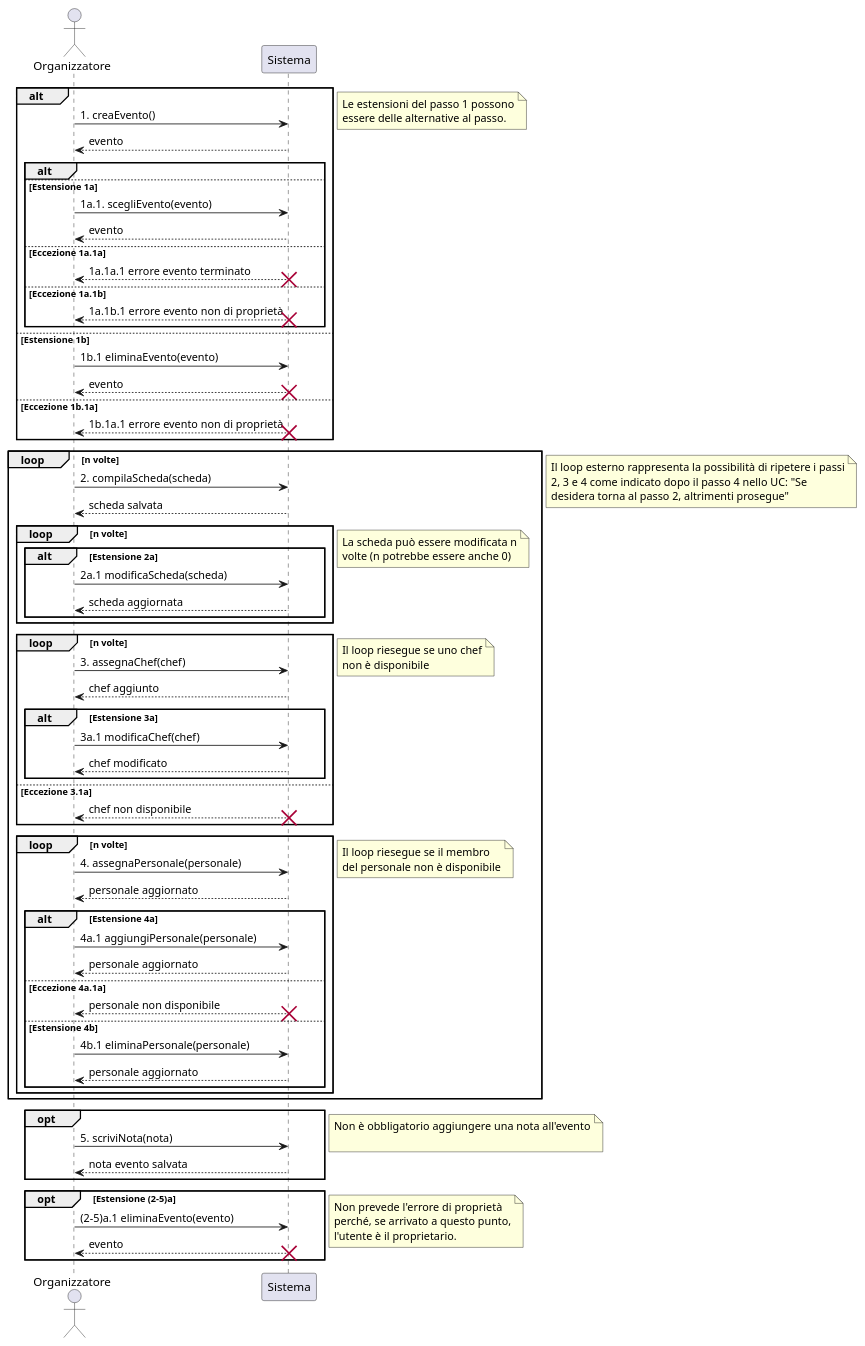
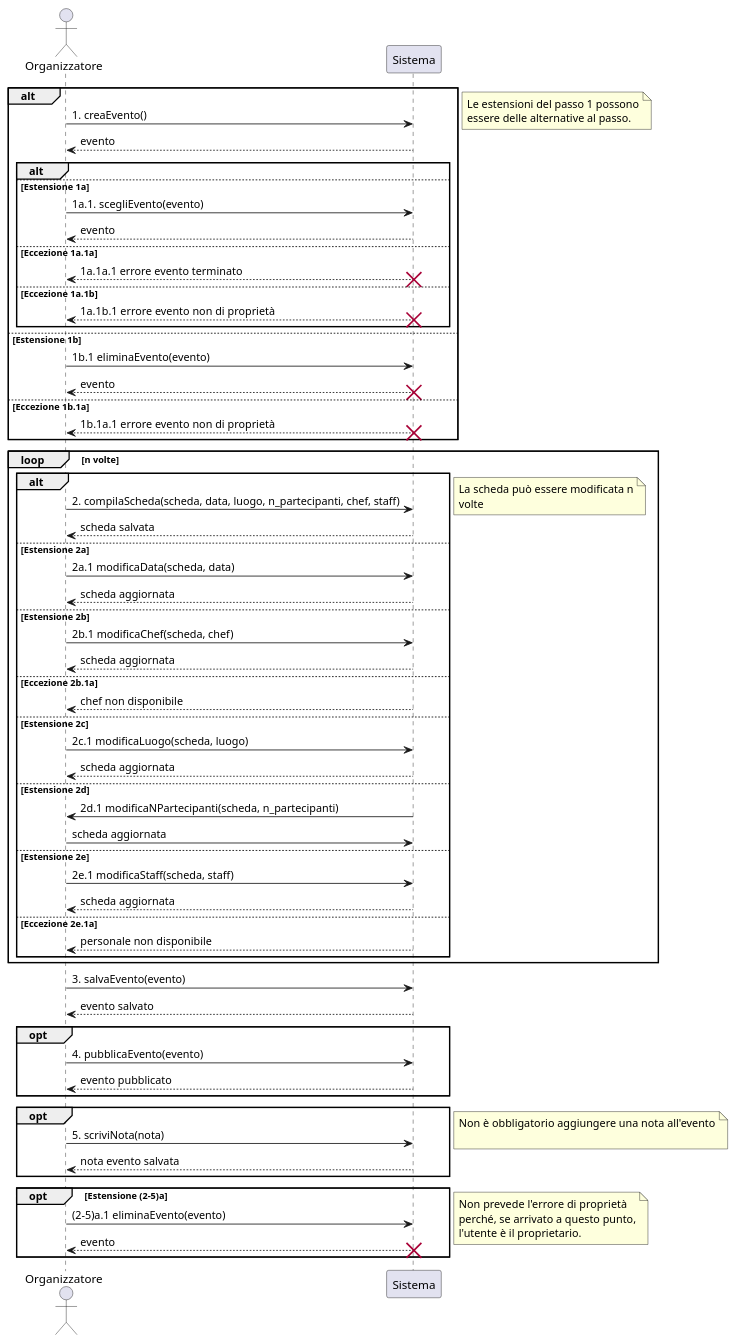
The diagram in ssd/ssd-gestire-eventi.md (m0canu1/sas), drawn with PlantUML before and after one commit.

Commit message:
ssd eventi aggiornato

````diff
--- a/ssd/ssd-gestire-eventi.md
+++ b/ssd/ssd-gestire-eventi.md
@@ -1,82 +1,79 @@
 ```plantuml
 actor Organizzatore
 participant Sistema
 
 alt
 	Organizzatore -> Sistema : 1. creaEvento()
 	Sistema --> Organizzatore : evento 
 	alt
 		else Estensione 1a
 			Organizzatore -> Sistema : 1a.1. scegliEvento(evento)
 			Sistema --> Organizzatore : evento
 		else Eccezione 1a.1a
 			'Organizzatore -> Sistema : 1a.1a scegliEvento(evento)
 			Sistema --> Organizzatore : 1a.1a.1 errore evento terminato
 			destroy Sistema
         else Eccezione 1a.1b
 			Sistema --> Organizzatore : 1a.1b.1 errore evento non di proprietà
 			destroy Sistema
 	end
 	else Estensione 1b 
 		Organizzatore -> Sistema : 1b.1 eliminaEvento(evento)
 		Sistema --> Organizzatore: evento
 		destroy Sistema
 	else Eccezione 1b.1a
 		Sistema --> Organizzatore : 1b.1a.1 errore evento non di proprietà
 		destroy Sistema
 
 end
 note right: Le estensioni del passo 1 possono\nessere delle alternative al passo.
 loop n volte
-	Organizzatore -> Sistema : 2. compilaScheda(scheda)
+        alt
+	    Organizzatore -> Sistema : 2. compilaScheda(scheda, data, luogo, n_partecipanti, chef, staff)
 		Sistema --> Organizzatore : scheda salvata
-	loop n volte
-		alt Estensione 2a
-			Organizzatore -> Sistema : 2a.1 modificaScheda(scheda)
+        else Estensione 2a
+			Organizzatore -> Sistema : 2a.1 modificaData(scheda, data)
 			Sistema --> Organizzatore : scheda aggiornata
-		end
-	end
-		note right: La scheda può essere modificata n\nvolte (n potrebbe essere anche 0)
+		else Estensione 2b 
+            Organizzatore -> Sistema : 2b.1 modificaChef(scheda, chef)
+            Sistema --> Organizzatore : scheda aggiornata
+		else Eccezione 2b.1a 
+			Sistema --> Organizzatore : chef non disponibile
+        else Estensione 2c
+            Organizzatore -> Sistema : 2c.1 modificaLuogo(scheda, luogo)
+            Sistema --> Organizzatore: scheda aggiornata
+        else Estensione 2d
+            Sistema -> Organizzatore : 2d.1 modificaNPartecipanti(scheda, n_partecipanti)
+            Organizzatore -> Sistema : scheda aggiornata
+        else Estensione 2e
+            Organizzatore -> Sistema : 2e.1 modificaStaff(scheda, staff)
+            Sistema --> Organizzatore : scheda aggiornata
+	    else Eccezione 2e.1a
+			Sistema --> Organizzatore : personale non disponibile
+        end
+            
+		note right: La scheda può essere modificata n\nvolte
 
-	loop n volte
-		Organizzatore -> Sistema : 3. assegnaChef(chef)
-			Sistema --> Organizzatore : chef aggiunto	
-		alt Estensione 3a
-			Organizzatore -> Sistema: 3a.1 modificaChef(chef)
-			Sistema --> Organizzatore: chef modificato
-		end
-		else Eccezione 3.1a 
-			Sistema --> Organizzatore : chef non disponibile
-			destroy Sistema
-	end
-	note right: Il loop riesegue se uno chef\nnon è disponibile
-	loop n volte
-		Organizzatore -> Sistema : 4. assegnaPersonale(personale)
-		Sistema --> Organizzatore : personale aggiornato
-		alt Estensione 4a
-			Organizzatore -> Sistema : 4a.1 aggiungiPersonale(personale)
-			Sistema --> Organizzatore : personale aggiornato
-		else Eccezione 4a.1a
-			Sistema --> Organizzatore : personale non disponibile
-			destroy Sistema
-		else Estensione 4b
-			Organizzatore -> Sistema : 4b.1 eliminaPersonale(personale)
-			Sistema --> Organizzatore : personale aggiornato
-		end
-	end
-	note right: Il loop riesegue se il membro\ndel personale non è disponibile
 end
-note right: Il loop esterno rappresenta la possibilità di ripetere i passi\n2, 3 e 4 come indicato dopo il passo 4 nello UC: "Se\ndesidera torna al passo 2, altrimenti prosegue"
+
+Organizzatore -> Sistema : 3. salvaEvento(evento)
+Sistema --> Organizzatore: evento salvato
+
+opt
+Organizzatore -> Sistema : 4. pubblicaEvento(evento)
+Sistema --> Organizzatore: evento pubblicato
+end
+
 opt
 	Organizzatore -> Sistema : 5. scriviNota(nota)
 	Sistema --> Organizzatore : nota evento salvata
 end
 note right: Non è obbligatorio aggiungere una nota all'evento\n
 
 opt Estensione (2-5)a
 	Organizzatore -> Sistema : (2-5)a.1 eliminaEvento(evento)
 	Sistema --> Organizzatore : evento
 	destroy Sistema
 end
 	note right: Non prevede l'errore di proprietà\nperché, se arrivato a questo punto,\nl'utente è il proprietario.
 ```
````
